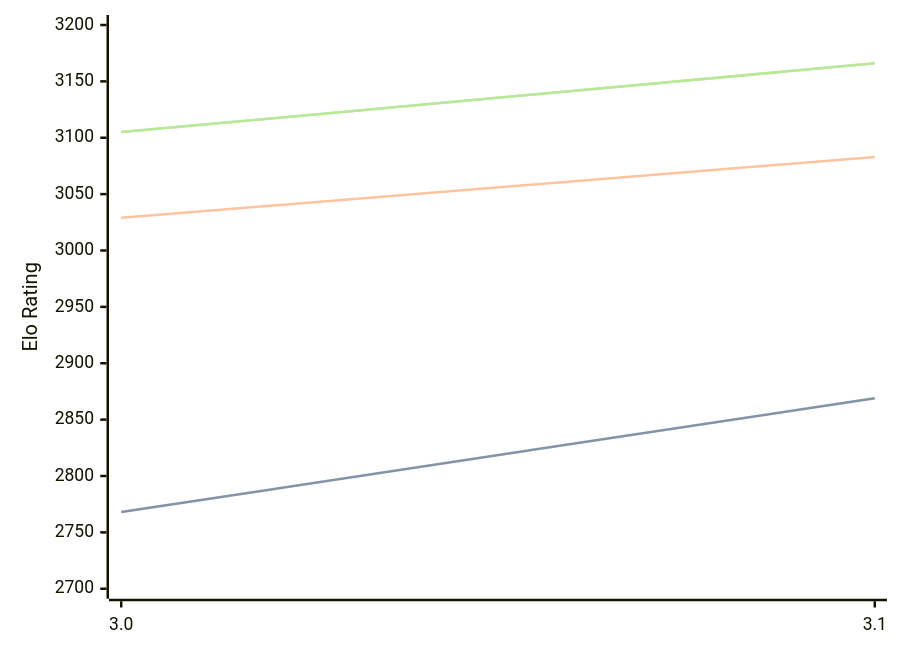
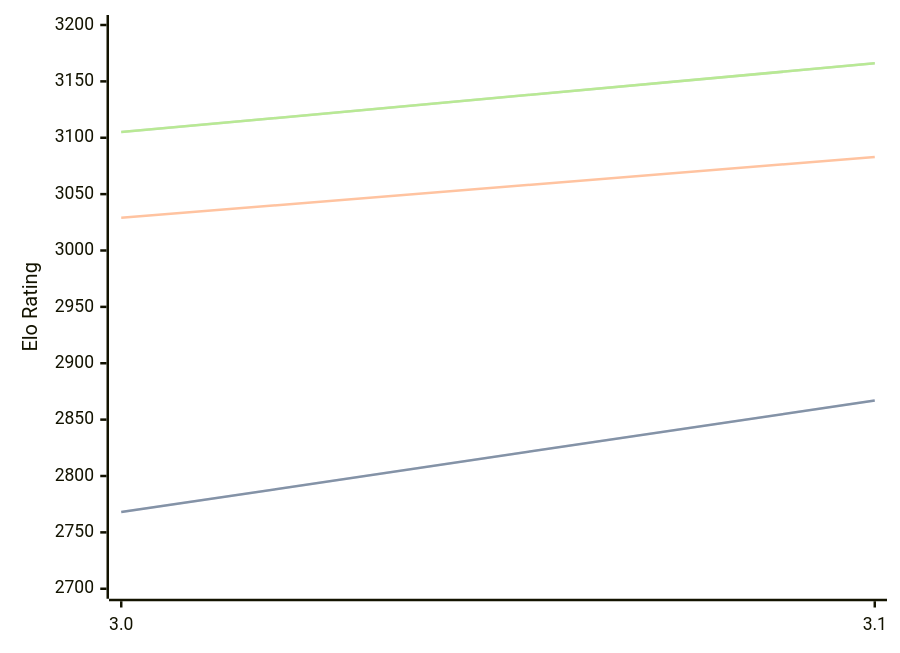
One commit to computer-chess-index/cci changed the diagram in engines/Vajolet2.md. Above: the diagram before and after it, drawn with Mermaid. The commit also changed other lines of this file, not shown here.

Commit message:
Update CCI Ratings (ELO VLTC) - 2026-04-29

````diff
--- a/engines/Vajolet2.md
+++ b/engines/Vajolet2.md
@@ -40,11 +40,11 @@
 ```mermaid
 %%{init: {"theme":"base","themeVariables":{"seriesColors:['#a3a3a3','#222221','#faa371']}}}%%
 xychart-beta
   x-axis ["3.0", "3.1"]
   y-axis "Elo Rating" 2700 --> 3200
-  line "STC (8.0+0.08s)" [2768, 2869]
-  line "STC (8.0+0.08s)" [2768, 2869]
+  line "STC (8.0+0.08s)" [2768, 2867]
+  line "STC (8.0+0.08s)" [2768, 2867]
   line "LTC (60.0+0.60s)" [3029, 3083]
   line "VLTC (2m24s+1.12s)" [3105, 3166]
   line "VLTC (2m24s+1.12s)" [3105, 3166]
 ```
````
